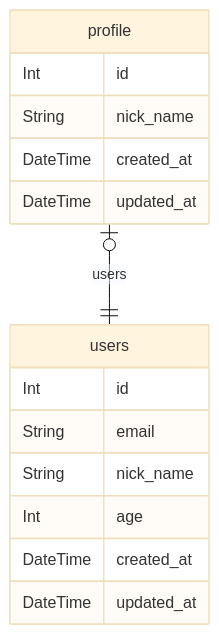
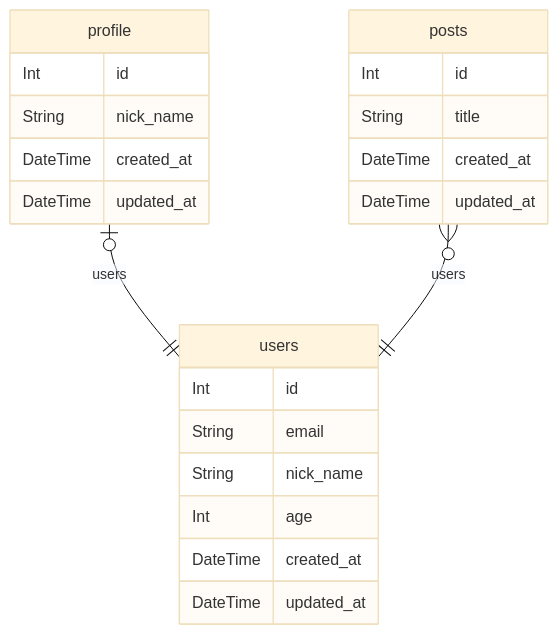
Before and after one commit to mshige1979/prisma-examples: the diagram in doc/ERD.md, drawn with Mermaid (base theme). The commit also changed 8 other files, not shown here.

````diff
--- a/doc/ERD.md
+++ b/doc/ERD.md
@@ -1,21 +1,30 @@
 ```mermaid
 erDiagram
   users {
       Int id
     String email
     String nick_name
     Int age
     DateTime created_at
     DateTime updated_at
     }
   
 
   profile {
       Int id
     String nick_name
     DateTime created_at
     DateTime updated_at
     }
   
+
+  posts {
+      Int id
+    String title
+    DateTime created_at
+    DateTime updated_at
+    }
+  
     profile o|--|| users : "users"
+    posts o{--|| users : "users"
 ```
````
